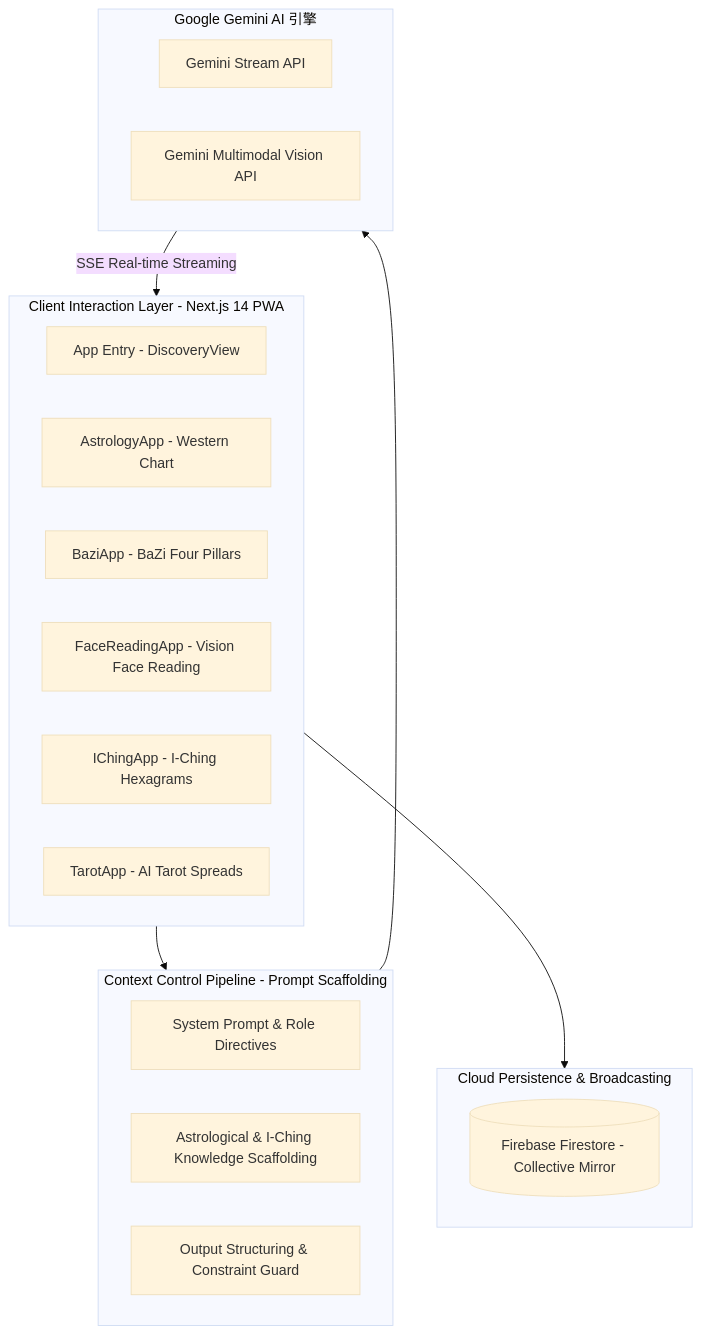
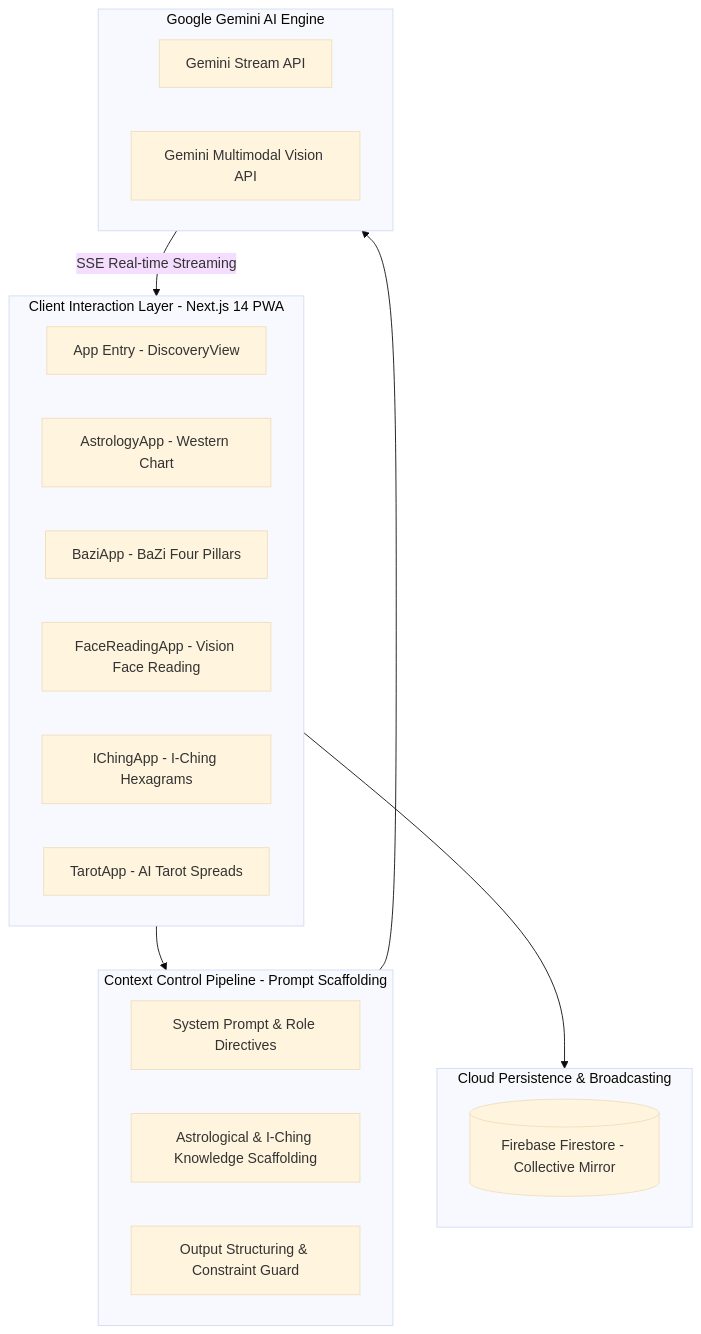
The first of 2 diagrams in README_EN.md (MeiSiristhebest/mystic), drawn with Mermaid (base theme) before and after one commit. The commit also changed other lines of this file, not shown here.

````diff
--- a/README_EN.md
+++ b/README_EN.md
@@ -48,31 +149,31 @@
 ```mermaid
 graph TD
     subgraph ClientLayer["Client Interaction Layer - Next.js 14 PWA"]
         UI["App Entry - DiscoveryView"]
         Astrology["AstrologyApp - Western Chart"]
         Bazi["BaziApp - BaZi Four Pillars"]
         Face["FaceReadingApp - Vision Face Reading"]
         IChing["IChingApp - I-Ching Hexagrams"]
         Tarot["TarotApp - AI Tarot Spreads"]
     end
 
     subgraph ContextPipeline["Context Control Pipeline - Prompt Scaffolding"]
         SysPrompt["System Prompt & Role Directives"]
         KnowledgeBase["Astrological & I-Ching Knowledge Scaffolding"]
         Sanitizer["Output Structuring & Constraint Guard"]
     end
 
-    subgraph GeminiEngine["Google Gemini AI 引擎"]
+    subgraph GeminiEngine["Google Gemini AI Engine"]
         StreamAPI["Gemini Stream API"]
         VisionAPI["Gemini Multimodal Vision API"]
     end
 
     subgraph FirebaseSync["Cloud Persistence & Broadcasting"]
         Firestore[("Firebase Firestore - Collective Mirror")]
     end
 
     ClientLayer --> ContextPipeline
     ContextPipeline --> GeminiEngine
     GeminiEngine -- "SSE Real-time Streaming" --> ClientLayer
     ClientLayer --> FirebaseSync
 ```
````
